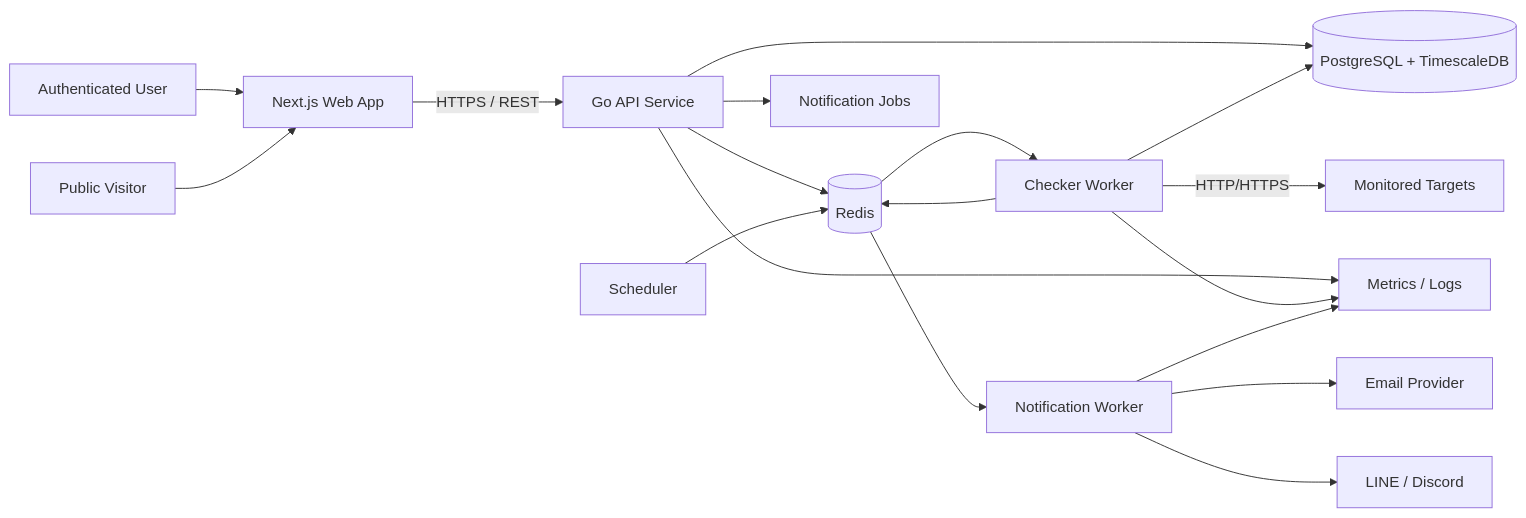
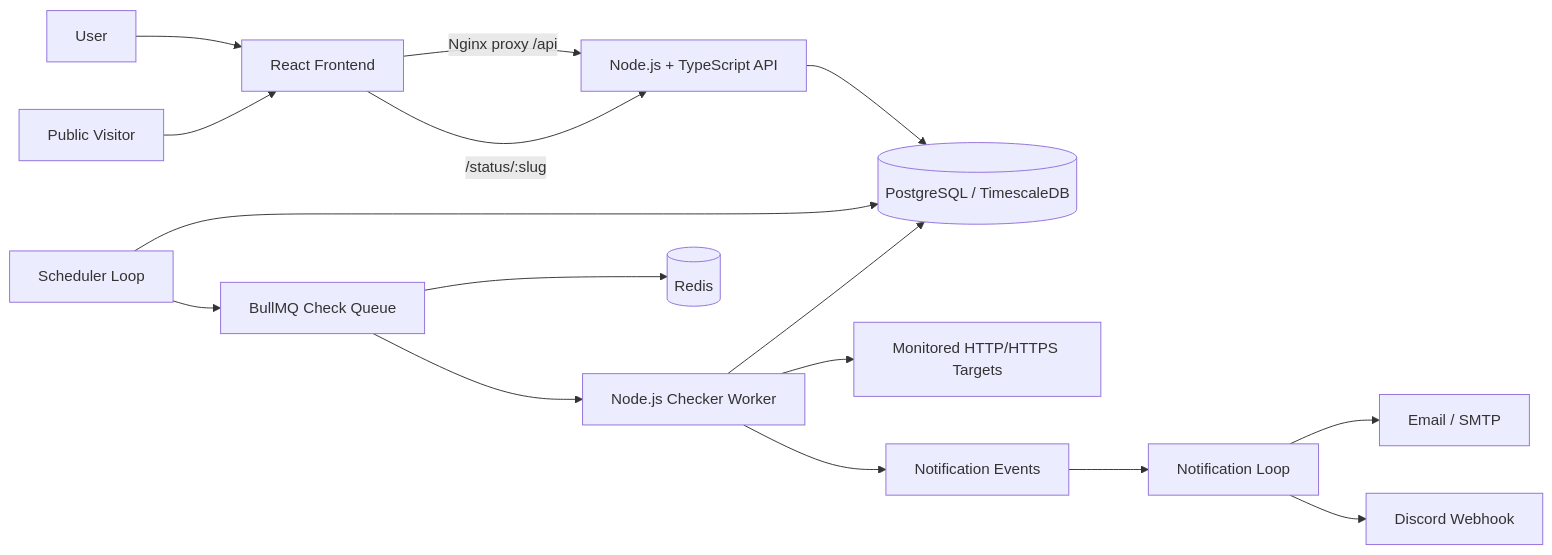
The first of 2 diagrams in docs/architecture.md (getzaa456/pulse-check), drawn with Mermaid before and after one commit. The commit also changed other lines of this file and 8 other files, not shown here.

````diff
--- a/docs/architecture.md
+++ b/docs/architecture.md
@@ -9,25 +9,22 @@
 ```mermaid
 flowchart LR
-    U[Authenticated User] --> FE[Next.js Web App]
+    U[User] --> FE[React Frontend]
     V[Public Visitor] --> FE
 
-    FE -->|HTTPS / REST| API[Go API Service]
+    FE -->|Nginx proxy /api| API[Node.js + TypeScript API]
+    FE -->|/status/:slug| API
 
-    API --> PG[(PostgreSQL + TimescaleDB)]
-    API --> R[(Redis)]
-    API --> NQ[Notification Jobs]
+    API --> PG[(PostgreSQL / TimescaleDB)]
 
-    S[Scheduler] --> R
-    R --> W[Checker Worker]
-    W -->|HTTP/HTTPS| T[Monitored Targets]
+    S[Scheduler Loop] --> PG
+    S --> Q[BullMQ Check Queue]
+    Q --> W[Node.js Checker Worker]
+    Q --> R[(Redis)]
+    W --> T[Monitored HTTP/HTTPS Targets]
     W --> PG
-    W --> R
 
-    R --> NW[Notification Worker]
-    NW --> E[Email Provider]
-    NW --> L[LINE / Discord]
-
-    API --> O[Metrics / Logs]
-    W --> O
-    NW --> O
+    W --> NE[Notification Events]
+    NE --> NW[Notification Loop]
+    NW --> SMTP[Email / SMTP]
+    NW --> DISCORD[Discord Webhook]
 ```
````
